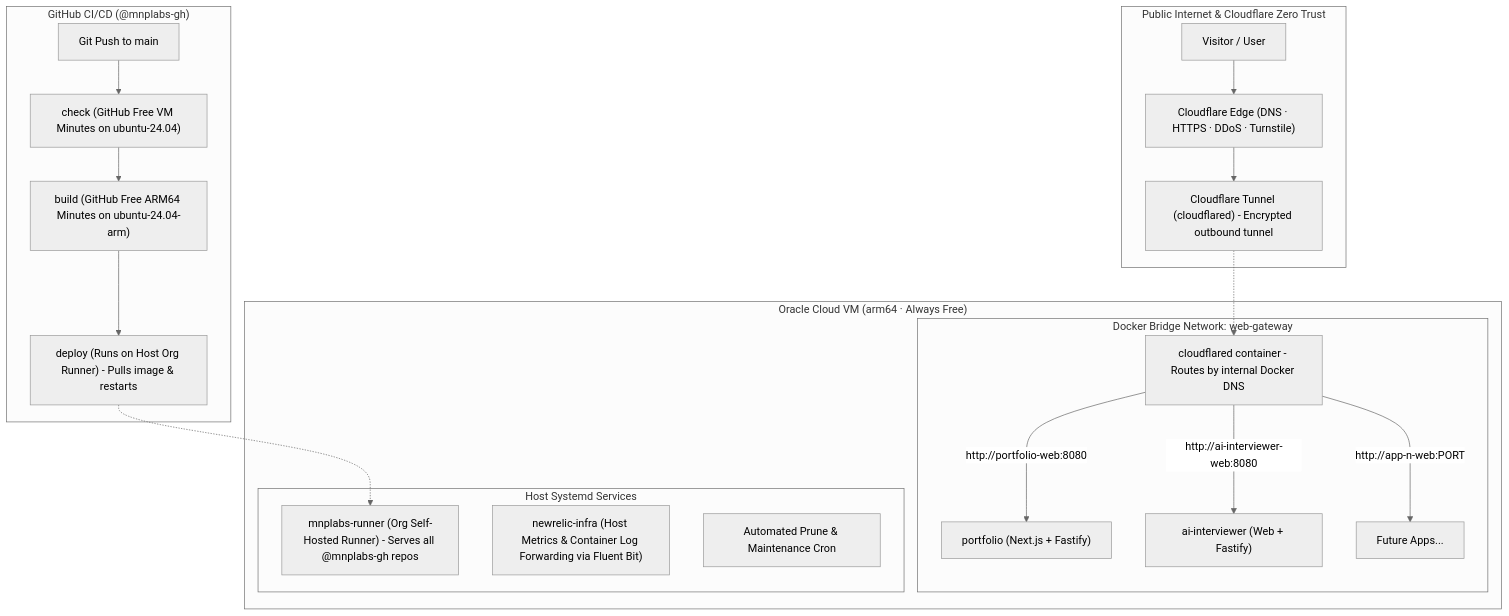
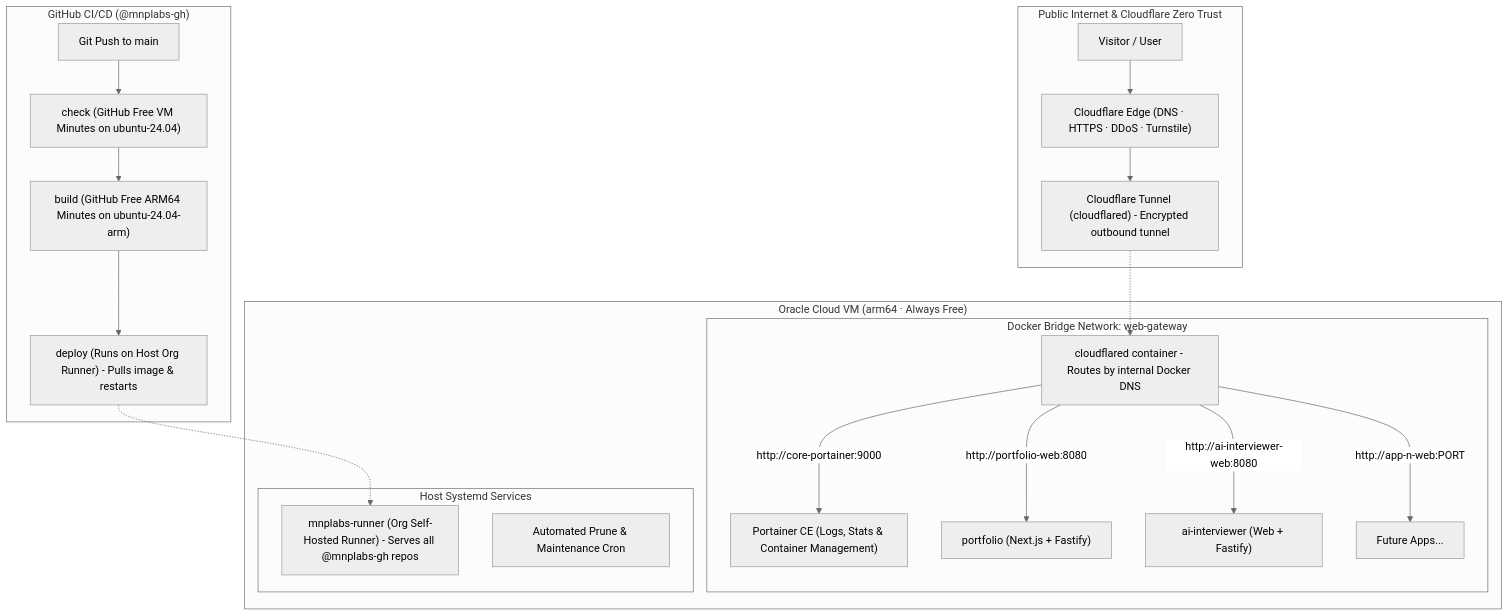
Before and after one commit to mnplabs-gh/server-infra: the diagram in README.md, drawn with Mermaid (neutral theme). The commit also changed 5 other files, not shown here.

Commit message:
feat(observability): adopt Portainer CE for container management, logs, and stats

````diff
--- a/README.md
+++ b/README.md
@@ -7,32 +7,32 @@
 ```mermaid
 flowchart TD
   subgraph internet["Public Internet & Cloudflare Zero Trust"]
     visitor["Visitor / User"] --> cf["Cloudflare Edge (DNS · HTTPS · DDoS · Turnstile)"]
     tunnel["Cloudflare Tunnel (cloudflared) - Encrypted outbound tunnel"]
     cf --> tunnel
   end
 
   subgraph vm["Oracle Cloud VM (arm64 · Always Free)"]
     subgraph dockerNet["Docker Bridge Network: web-gateway"]
       cfContainer["cloudflared container - Routes by internal Docker DNS"]
       tunnel -.-> cfContainer
 
+      cfContainer -->|"http://core-portainer:9000"| portainer["Portainer CE (Logs, Stats & Container Management)"]
       cfContainer -->|"http://portfolio-web:8080"| app1["portfolio (Next.js + Fastify)"]
       cfContainer -->|"http://ai-interviewer-web:8080"| app2["ai-interviewer (Web + Fastify)"]
       cfContainer -->|"http://app-n-web:PORT"| appN["Future Apps..."]
     end
 
     subgraph runnerHost["Host Systemd Services"]
       runner["mnplabs-runner (Org Self-Hosted Runner) - Serves all @mnplabs-gh repos"]
-      newrelic["newrelic-infra (Host Metrics & Container Log Forwarding via Fluent Bit)"]
       cron["Automated Prune & Maintenance Cron"]
     end
   end
 
   subgraph github["GitHub CI/CD (@mnplabs-gh)"]
     commit["Git Push to main"] --> checkJob["check (GitHub Free VM Minutes on ubuntu-24.04)"]
     checkJob --> buildJob["build (GitHub Free ARM64 Minutes on ubuntu-24.04-arm)"]
     buildJob --> deployJob["deploy (Runs on Host Org Runner) - Pulls image & restarts"]
     deployJob -.-> runner
   end
 ```
````
